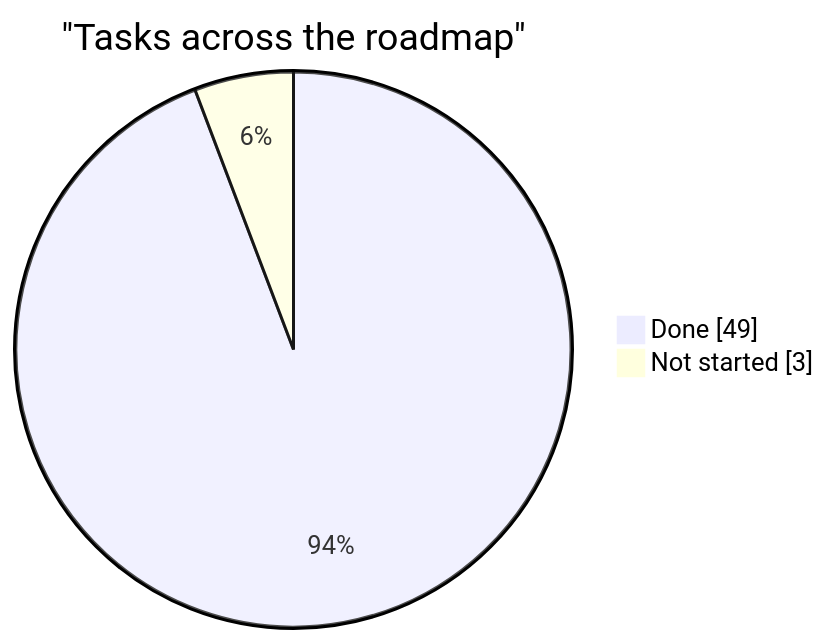
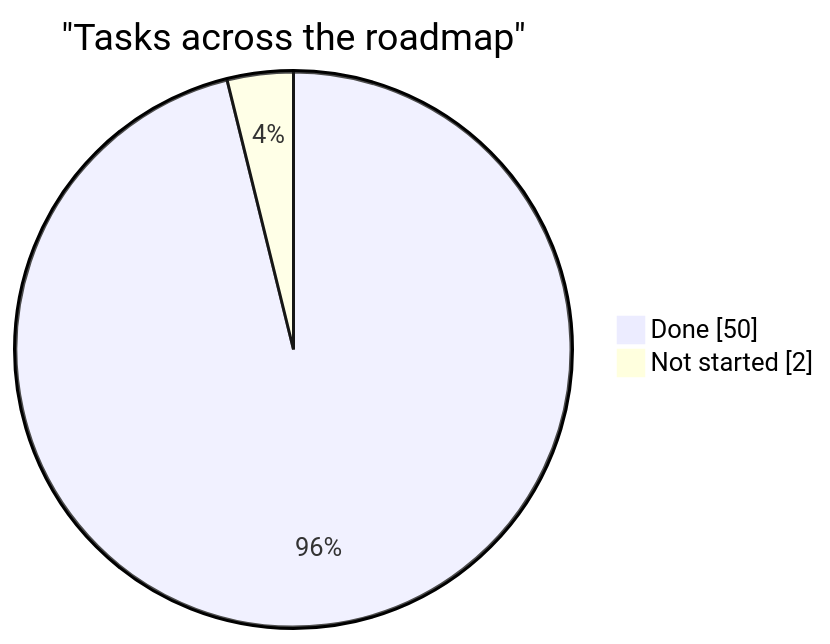
The diagram in docs/planning/status.md (AdamClemens/PyFlow), drawn with Mermaid before and after one commit. The commit also changed other lines of this file and 5 other files, not shown here.

````diff
--- a/docs/planning/status.md
+++ b/docs/planning/status.md
@@ -23,6 +23,6 @@
 ```mermaid
 pie showData
     title "Tasks across the roadmap"
-    "Done" : 49
-    "Not started" : 3
+    "Done" : 50
+    "Not started" : 2
 ```
````
